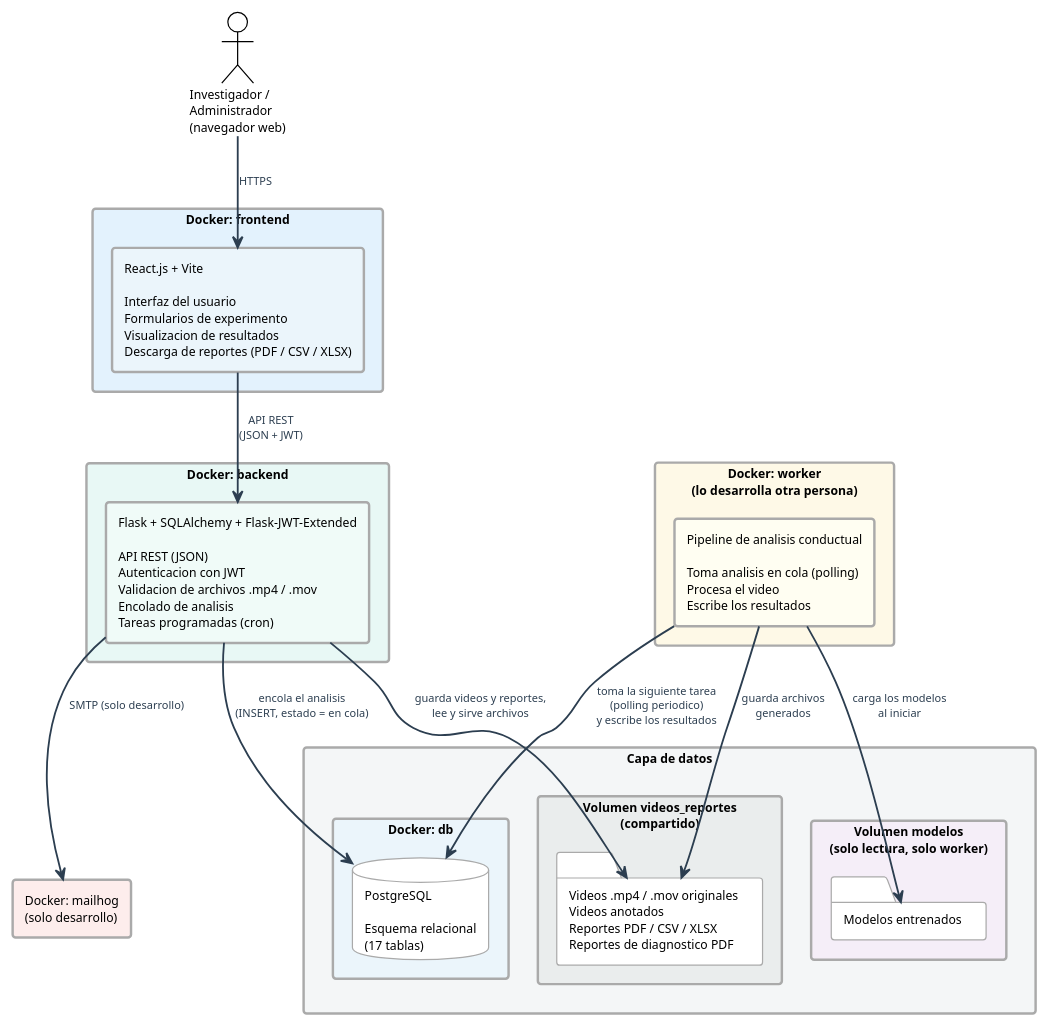
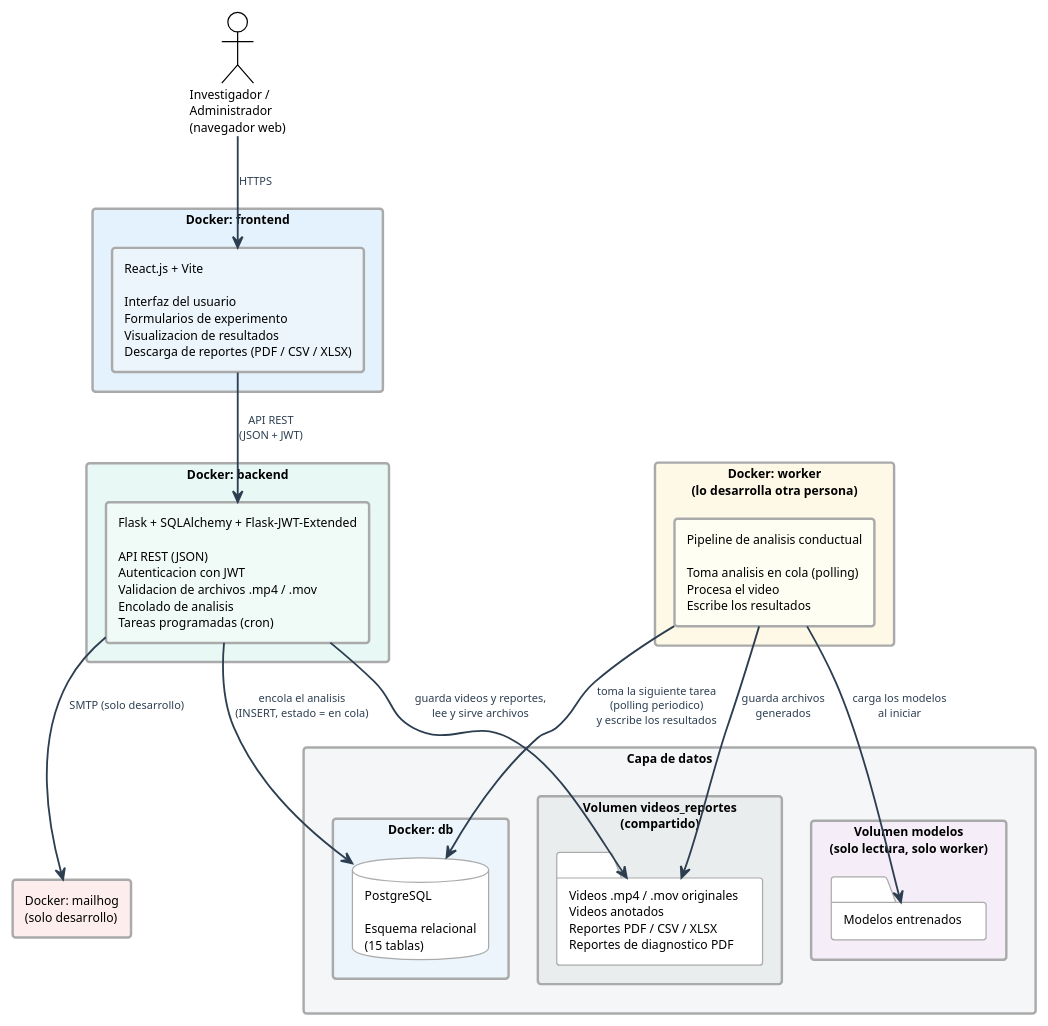
Before and after one commit to ErickJester/fst-ai-system-latex: the ninth of 38 diagrams in INSTRUCCIONES-WEB.md, drawn with PlantUML. The commit also changed other lines of this file and 18 other files, not shown here.

````diff
--- a/INSTRUCCIONES-WEB.md
+++ b/INSTRUCCIONES-WEB.md
@@ -982,56 +975,56 @@
 ```plantuml
 @startuml arquitectura_software
 !theme plain
 skinparam defaultFontName Arial
 skinparam defaultFontSize 10
 skinparam shadowing false
 skinparam BackgroundColor White
 skinparam ArrowColor      #2C3E50
 skinparam ArrowThickness  1.5
 skinparam ArrowFontSize   9
 skinparam ArrowFontColor  #2C3E50
 skinparam RectangleBorderThickness 2
 skinparam RectangleBorderColor     #AAAAAA
 skinparam DatabaseBorderColor      #AAAAAA
 skinparam FolderBorderColor        #AAAAAA
 
 top to bottom direction
 
 actor "Investigador /\nAdministrador\n(navegador web)" as INV
 
 rectangle "Docker: frontend" as C_FE #E3F2FD {
   rectangle "React.js + Vite\n\nInterfaz del usuario\nFormularios de experimento\nVisualizacion de resultados\nDescarga de reportes (PDF / CSV / XLSX)" as FE #EBF5FB
 }
 
 rectangle "Docker: backend" as C_BE #E8F8F5 {
   rectangle "Flask + SQLAlchemy + Flask-JWT-Extended\n\nAPI REST (JSON)\nAutenticacion con JWT\nValidacion de archivos .mp4 / .mov\nEncolado de analisis\nTareas programadas (cron)" as BE #F0FBF8
 }
 
 rectangle "Docker: worker\n(lo desarrolla otra persona)" as C_WK #FEF9E7 {
   rectangle "Pipeline de analisis conductual\n\nToma analisis en cola (polling)\nProcesa el video\nEscribe los resultados" as WK #FFFEF2
 }
 
 rectangle "Capa de datos" as DATOS #F4F6F7 {
   rectangle "Docker: db" as C_DB #EBF5FB {
-    database "PostgreSQL\n\nEsquema relacional\n(17 tablas)" as DB
+    database "PostgreSQL\n\nEsquema relacional\n(15 tablas)" as DB
   }
   rectangle "Volumen videos_reportes\n(compartido)" as C_FS #EAEDED {
     folder "Videos .mp4 / .mov originales\nVideos anotados\nReportes PDF / CSV / XLSX\nReportes de diagnostico PDF" as FS
   }
   rectangle "Volumen modelos\n(solo lectura, solo worker)" as C_MD #F5EEF8 {
     folder "Modelos entrenados" as MD
   }
 }
 
 rectangle "Docker: mailhog\n(solo desarrollo)" as C_ML #FDEDEC
 
 INV  -down->  FE  : "HTTPS"
 FE   -down->  BE  : "API REST\n(JSON + JWT)"
 BE   -down->  DB  : "encola el analisis\n(INSERT, estado = en cola)"
 WK   -->      DB  : "toma la siguiente tarea\n(polling periodico)\ny escribe los resultados"
 WK   -->      FS  : "guarda archivos\ngenerados"
 BE   -->      FS  : "guarda videos y reportes,\nlee y sirve archivos"
 WK   -->      MD  : "carga los modelos\nal iniciar"
 BE   -->      C_ML : "SMTP (solo desarrollo)"
 @enduml
 ```
````
